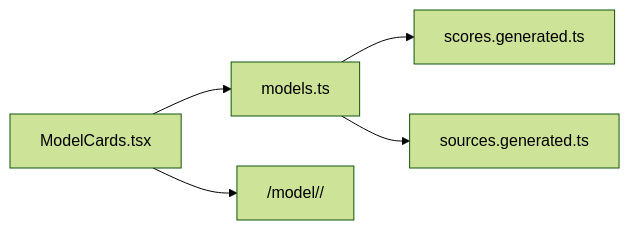
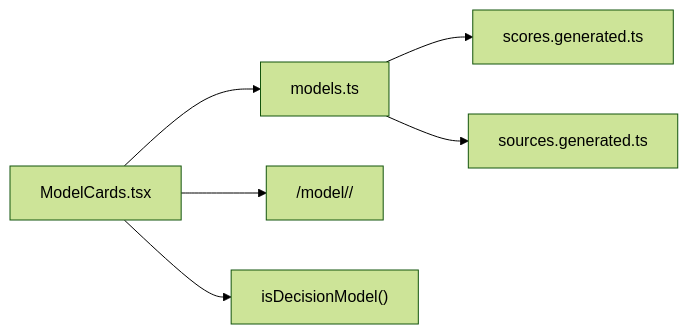
The eighth of 8 diagrams in .qoder/repowiki/en/content/User Interface Components/ModelCards Display Component.md (delirium-dj/modelcomp), drawn with Mermaid (forest theme) before and after one commit. The commit also changed other lines of this file and 22 other files, not shown here.

````diff
--- a/.qoder/repowiki/en/content/User Interface Components/ModelCards Display Component.md
+++ b/.qoder/repowiki/en/content/User Interface Components/ModelCards Display Component.md
@@ -418,7 +508,8 @@
 ```mermaid
 graph LR
 MC["ModelCards.tsx"] --> MTS["models.ts"]
 MTS --> SG["scores.generated.ts"]
 MTS --> SS["sources.generated.ts"]
 MC --> ROUTE["/model/<slug>/"]
+MC --> DECISION["isDecisionModel()"]
 ```
````
